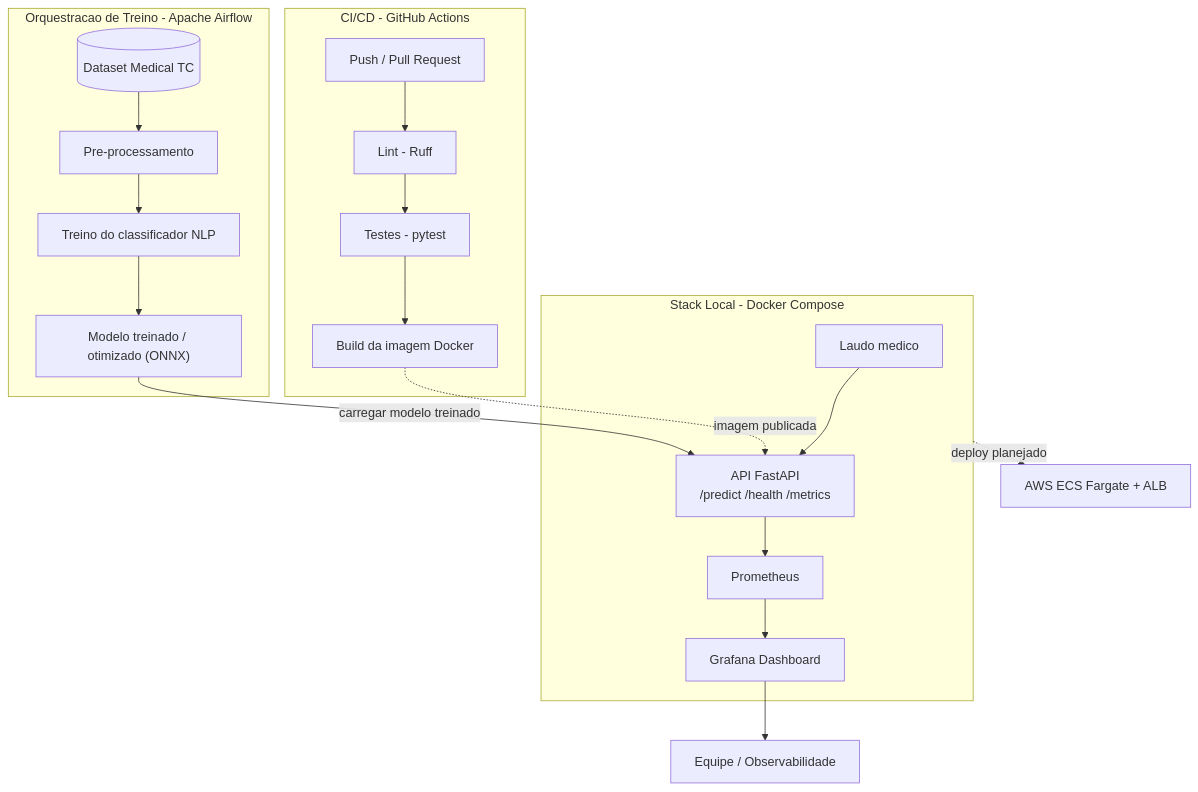
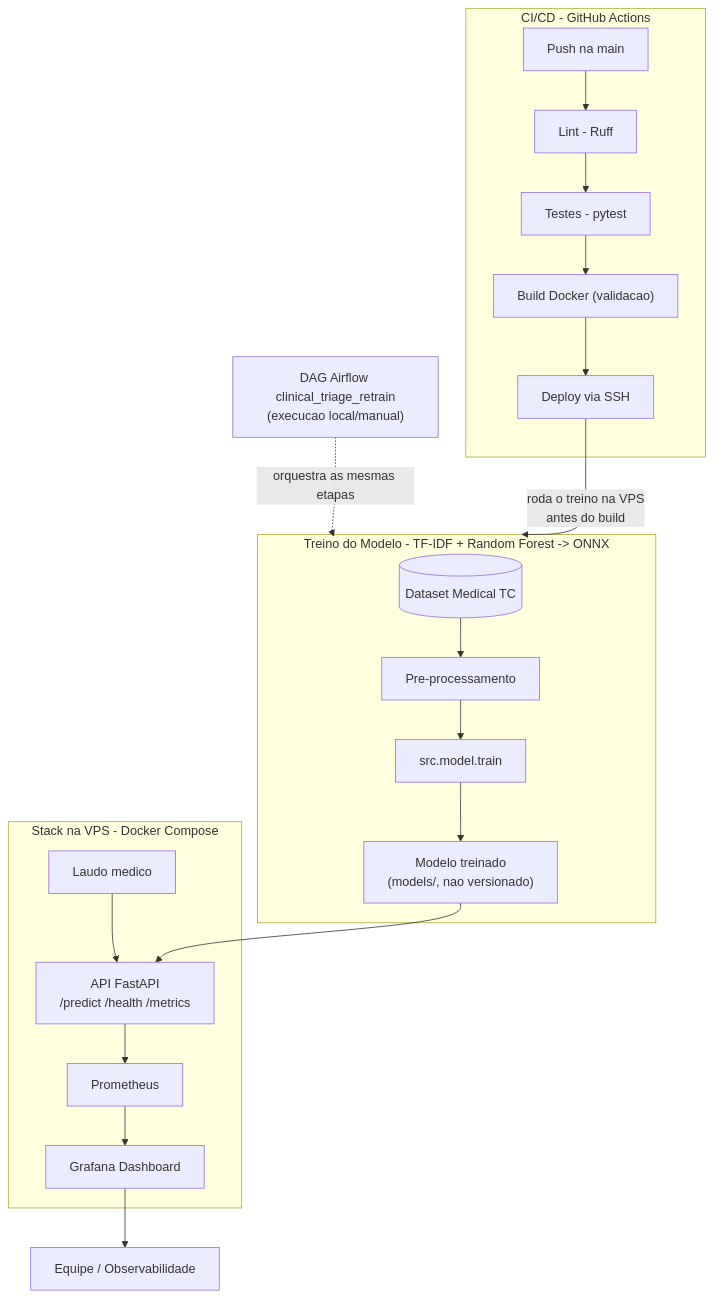
Before and after one commit to Cilli01/clinical-triage-mlops: the diagram in README.md, drawn with Mermaid. The commit also changed other lines of this file, not shown here.

Commit message:
docs: atualiza diagrama de arquitetura com o que ja esta implementado
O diagrama ainda mostrava como "planejado"/tracejado coisas que ja
foram feitas: carregar o modelo real na API e o deploy automatizado.
Tambem corrijo uma imprecisao - a seta de deploy apontava pra "AWS ECS
Fargate", mas isso nunca foi implementado; o que roda de verdade hoje
e um deploy via SSH numa VPS, nao na AWS.

Atualizo o fluxo do CI/CD pra refletir a cadeia real (lint -> test ->
build de validacao -> deploy via SSH que treina o modelo na VPS antes
de subir a stack), deixo claro que a decisao da secao 2 (AWS ECS
Fargate) e a recomendacao teorica pra producao real, nao o que foi
implementado pra essa entrega. A unica seta tracejada que sobrou e a
DAG do Airflow, que existe mas roda local/manual, nao agendada.

````diff
--- a/README.md
+++ b/README.md
@@ -12,25 +12,27 @@
 ```mermaid
 flowchart TB
     subgraph CICD["CI/CD - GitHub Actions"]
-        Push["Push / Pull Request"] --> Lint["Lint - Ruff"]
+        Push["Push na main"] --> Lint["Lint - Ruff"]
         Lint --> Test["Testes - pytest"]
-        Test --> Build["Build da imagem Docker"]
+        Test --> Build["Build Docker (validacao)"]
+        Build --> Deploy["Deploy via SSH"]
     end
 
-    subgraph Treino["Orquestracao de Treino - Apache Airflow"]
+    subgraph Treino["Treino do Modelo - TF-IDF + Random Forest -> ONNX"]
         Raw[("Dataset Medical TC")] --> Prep["Pre-processamento"]
-        Prep --> Train["Treino do classificador NLP"]
-        Train --> Model["Modelo treinado / otimizado (ONNX)"]
+        Prep --> Train["src.model.train"]
+        Train --> Model["Modelo treinado<br/>(models/, nao versionado)"]
     end
 
-    subgraph Stack["Stack Local - Docker Compose"]
+    Airflow["DAG Airflow clinical_triage_retrain<br/>(execucao local/manual)"] -.->|"orquestra as mesmas etapas"| Treino
+
+    subgraph Stack["Stack na VPS - Docker Compose"]
         Hospital["Laudo medico"] --> API["API FastAPI<br/>/predict /health /metrics"]
         API --> Prom["Prometheus"]
         Prom --> Graf["Grafana Dashboard"]
     end
 
-    Build -.->|"imagem publicada"| API
-    Model -->|"carregar modelo treinado"| API
+    Deploy -->|"roda o treino na VPS<br/>antes do build"| Treino
+    Model --> API
     Graf --> Equipe["Equipe / Observabilidade"]
-    Stack -.->|"deploy planejado"| Cloud["AWS ECS Fargate + ALB"]
 ```
````
